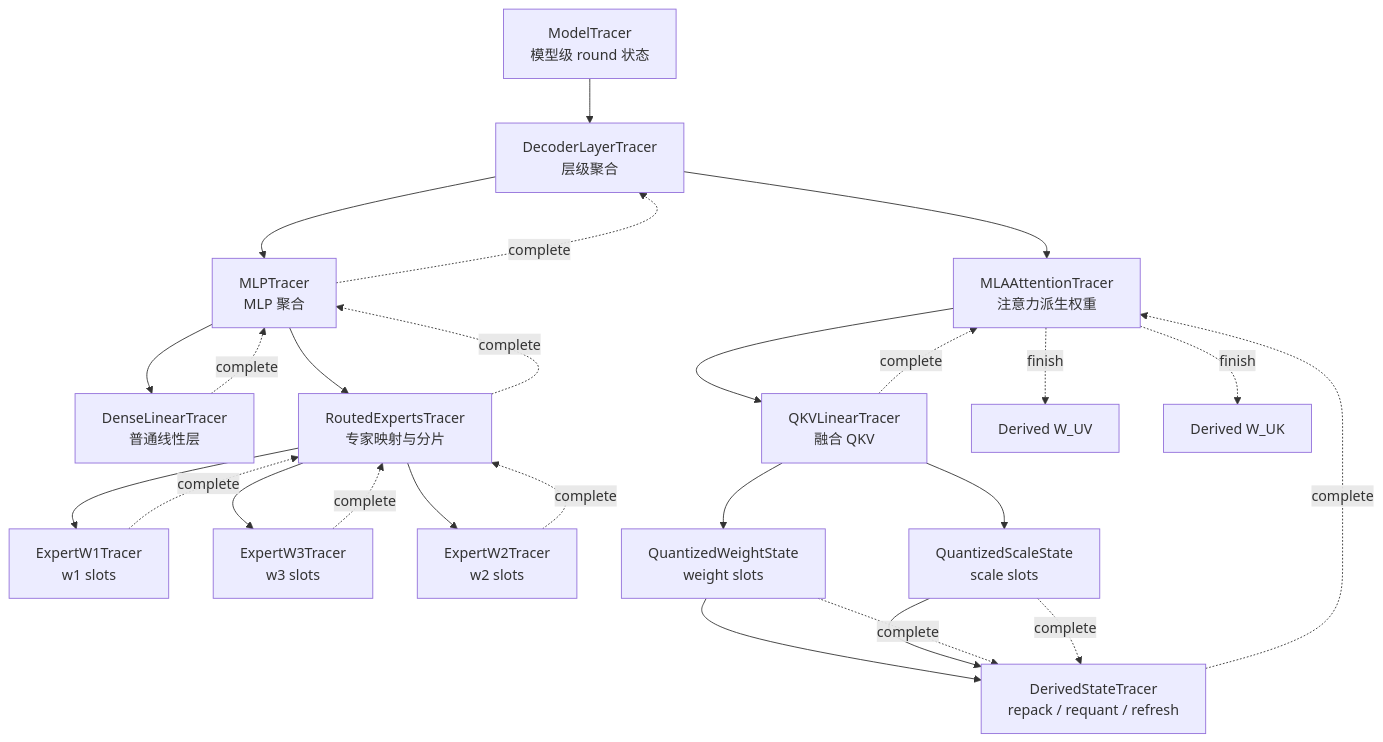
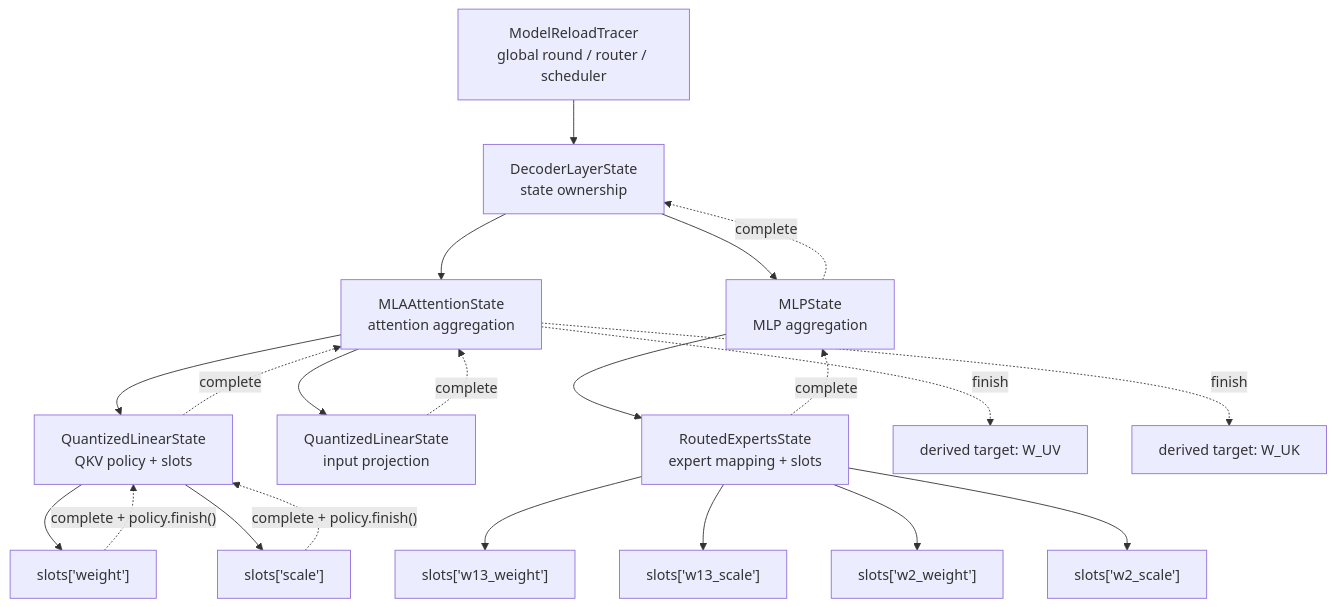
One commit to new-TonyWang/vllm changed the third of 3 diagrams in docs/design/weight-update/weight-reload-abstraction.md. Above: the diagram before and after it, drawn with Mermaid. The commit also changed other lines of this file, not shown here.

Commit message:
docs: define three-layer reload tracer design

````diff
--- a/docs/design/weight-update/weight-reload-abstraction.md
+++ b/docs/design/weight-update/weight-reload-abstraction.md
@@ -424,45 +572,40 @@
 ```mermaid
 flowchart TD
-    Model["ModelTracer<br/>模型级 round 状态"]
-    Layer["DecoderLayerTracer<br/>层级聚合"]
-    Attn["MLAAttentionTracer<br/>注意力派生权重"]
-    MLP["MLPTracer<br/>MLP 聚合"]
-    Dense["DenseLinearTracer<br/>普通线性层"]
-    QKV["QKVLinearTracer<br/>融合 QKV"]
-    Routed["RoutedExpertsTracer<br/>专家映射与分片"]
-    W1["ExpertW1Tracer<br/>w1 slots"]
-    W3["ExpertW3Tracer<br/>w3 slots"]
-    W2["ExpertW2Tracer<br/>w2 slots"]
-    QWeight["QuantizedWeightState<br/>weight slots"]
-    QScale["QuantizedScaleState<br/>scale slots"]
-    Derived["DerivedStateTracer<br/>repack / requant / refresh"]
-    UV["Derived W_UV"]
-    UK["Derived W_UK"]
+    Model["ModelReloadTracer<br/>global round / router / scheduler"]
+    Layer["DecoderLayerState<br/>state ownership"]
+    Attn["MLAAttentionState<br/>attention aggregation"]
+    MLP["MLPState<br/>MLP aggregation"]
+    QKV["QuantizedLinearState<br/>QKV policy + slots"]
+    InputProj["QuantizedLinearState<br/>input projection"]
+    Routed["RoutedExpertsState<br/>expert mapping + slots"]
+    W13W["slots['w13_weight']"]
+    W13S["slots['w13_scale']"]
+    W2W["slots['w2_weight']"]
+    W2S["slots['w2_scale']"]
+    QWeight["slots['weight']"]
+    QScale["slots['scale']"]
+    UV["derived target: W_UV"]
+    UK["derived target: W_UK"]
 
     Model --> Layer
     Layer --> Attn
     Layer --> MLP
     Attn --> QKV
-    MLP --> Dense
+    Attn --> InputProj
     MLP --> Routed
-    Routed --> W1
-    Routed --> W3
-    Routed --> W2
     QKV --> QWeight
     QKV --> QScale
-    QWeight --> Derived
-    QScale --> Derived
-    Dense -. "complete" .-> MLP
-    W1 -. "complete" .-> Routed
-    W3 -. "complete" .-> Routed
-    W2 -. "complete" .-> Routed
+    Routed --> W13W
+    Routed --> W13S
+    Routed --> W2W
+    Routed --> W2S
+
+    QWeight -. "complete + policy.finish()" .-> QKV
+    QScale -. "complete + policy.finish()" .-> QKV
+    QKV -. "complete" .-> Attn
+    InputProj -. "complete" .-> Attn
     Routed -. "complete" .-> MLP
     MLP -. "complete" .-> Layer
-
-    QKV -. "complete" .-> Attn
-    QWeight -. "complete" .-> Derived
-    QScale -. "complete" .-> Derived
-    Derived -. "complete" .-> Attn
     Attn -. "finish" .-> UV
     Attn -. "finish" .-> UK
 ```
````
